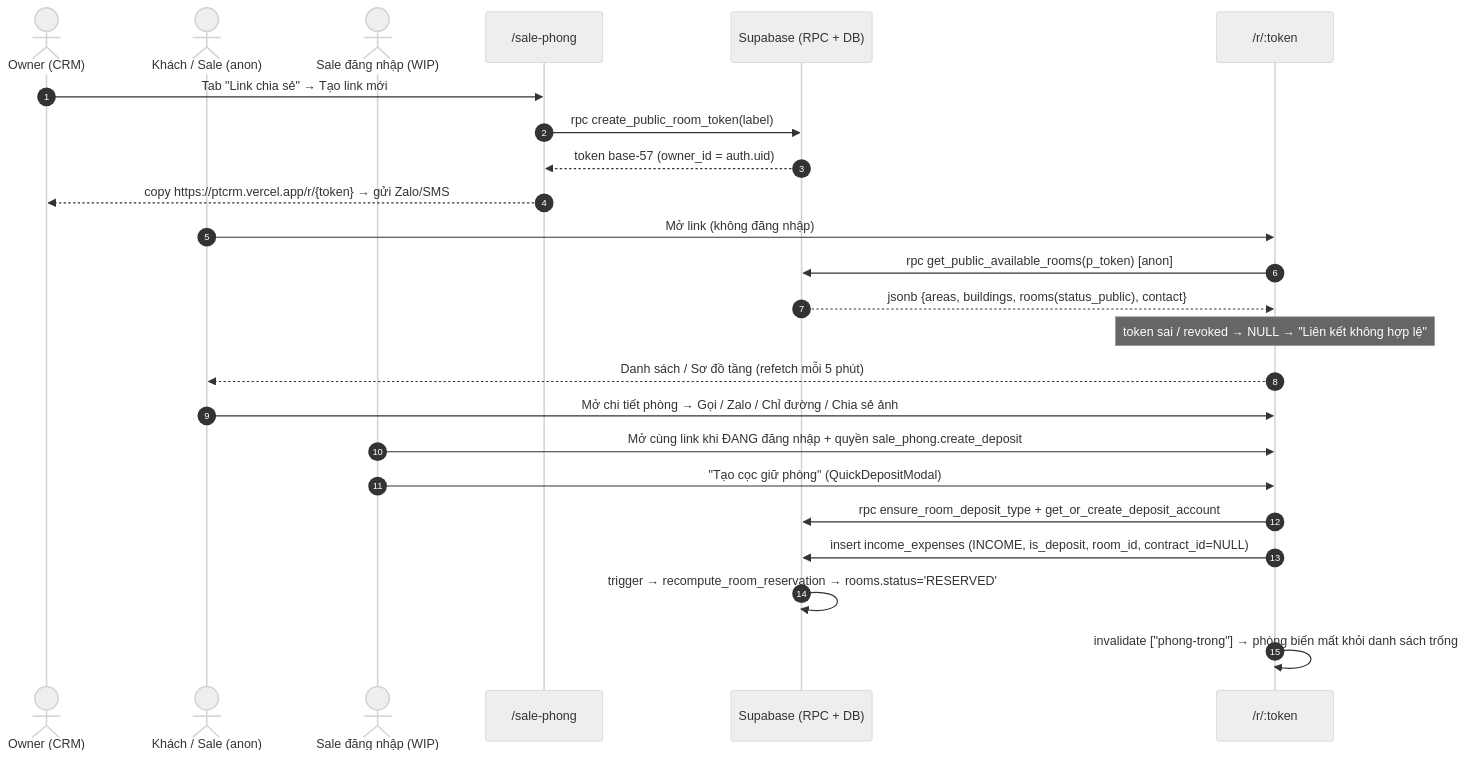
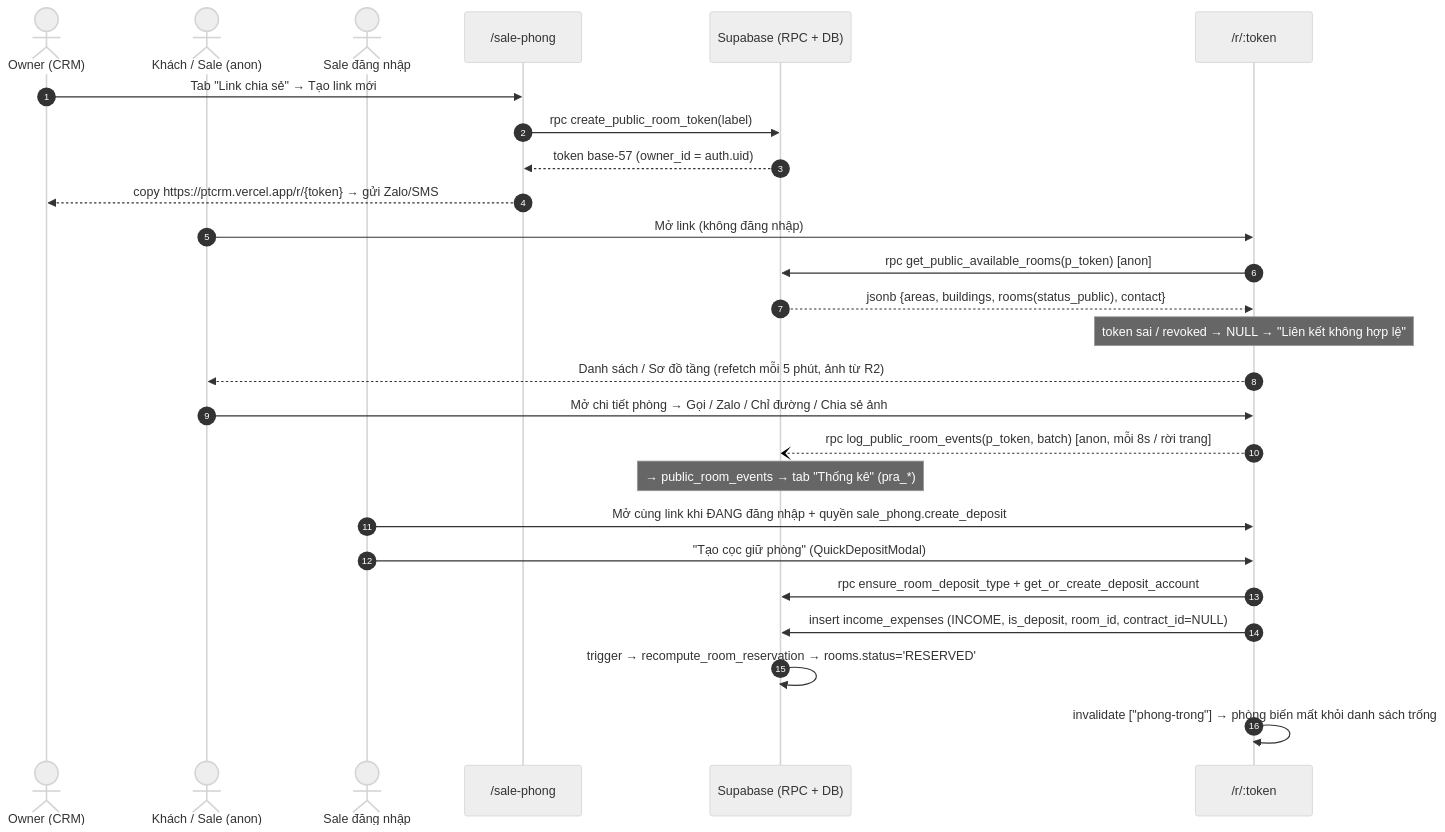
Before and after one commit to zxGreenxz/whiteboard-ihomecrm: the third of 4 diagrams in docs/he-thong/15-kenh-cong-khai-sale-thu-tien.md, drawn with Mermaid (neutral theme). The commit also changed other lines of this file and 20 other files, not shown here.

````diff
--- a/docs/he-thong/15-kenh-cong-khai-sale-thu-tien.md
+++ b/docs/he-thong/15-kenh-cong-khai-sale-thu-tien.md
@@ -247,29 +342,31 @@
 ```mermaid
 sequenceDiagram
     autonumber
     actor Owner as Owner (CRM)
     actor Khach as Khách / Sale (anon)
-    actor Sale as Sale đăng nhập (WIP)
+    actor Sale as Sale đăng nhập
     participant SP as /sale-phong
     participant DB as Supabase (RPC + DB)
     participant PT as /r/:token
 
     Owner->>SP: Tab "Link chia sẻ" → Tạo link mới
     SP->>DB: rpc create_public_room_token(label)
     DB-->>SP: token base-57 (owner_id = auth.uid)
     SP-->>Owner: copy https://ptcrm.vercel.app/r/{token} → gửi Zalo/SMS
 
     Khach->>PT: Mở link (không đăng nhập)
     PT->>DB: rpc get_public_available_rooms(p_token) [anon]
     DB-->>PT: jsonb {areas, buildings, rooms(status_public), contact}
     Note over PT: token sai / revoked → NULL → "Liên kết không hợp lệ"
-    PT-->>Khach: Danh sách / Sơ đồ tầng (refetch mỗi 5 phút)
+    PT-->>Khach: Danh sách / Sơ đồ tầng (refetch mỗi 5 phút, ảnh từ R2)
     Khach->>PT: Mở chi tiết phòng → Gọi / Zalo / Chỉ đường / Chia sẻ ảnh
+    PT--)DB: rpc log_public_room_events(p_token, batch) [anon, mỗi 8s / rời trang]
+    Note over DB: → public_room_events → tab "Thống kê" (pra_*)
 
     Sale->>PT: Mở cùng link khi ĐANG đăng nhập + quyền sale_phong.create_deposit
     Sale->>PT: "Tạo cọc giữ phòng" (QuickDepositModal)
     PT->>DB: rpc ensure_room_deposit_type + get_or_create_deposit_account
     PT->>DB: insert income_expenses (INCOME, is_deposit, room_id, contract_id=NULL)
     DB->>DB: trigger → recompute_room_reservation → rooms.status='RESERVED'
     PT->>PT: invalidate ["phong-trong"] → phòng biến mất khỏi danh sách trống
 ```
````
